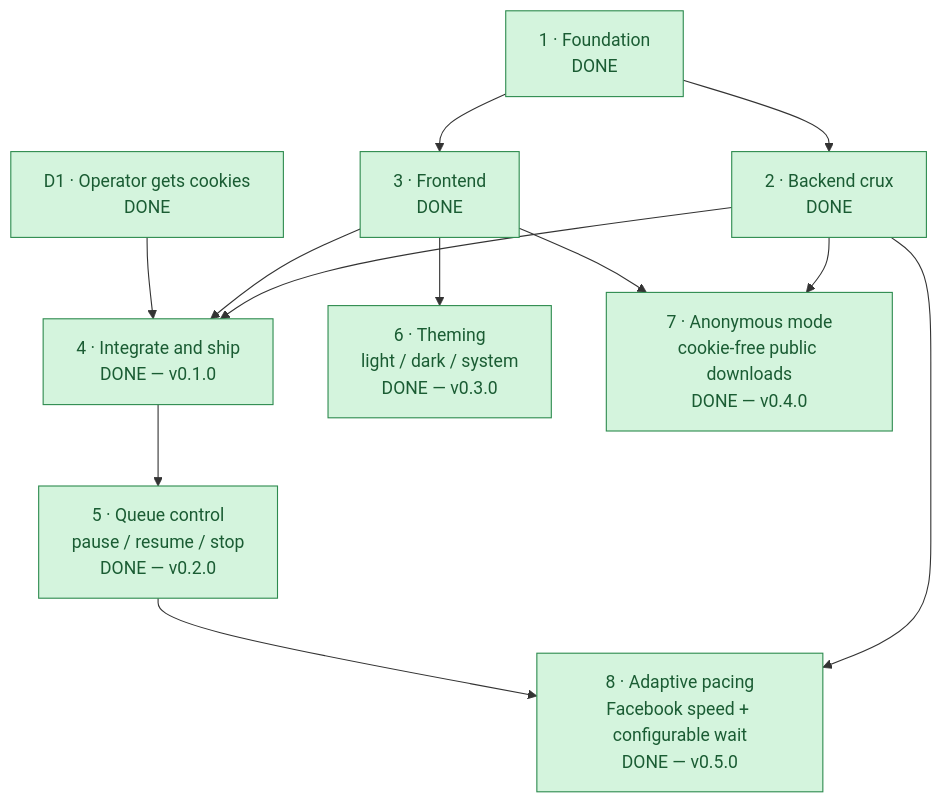
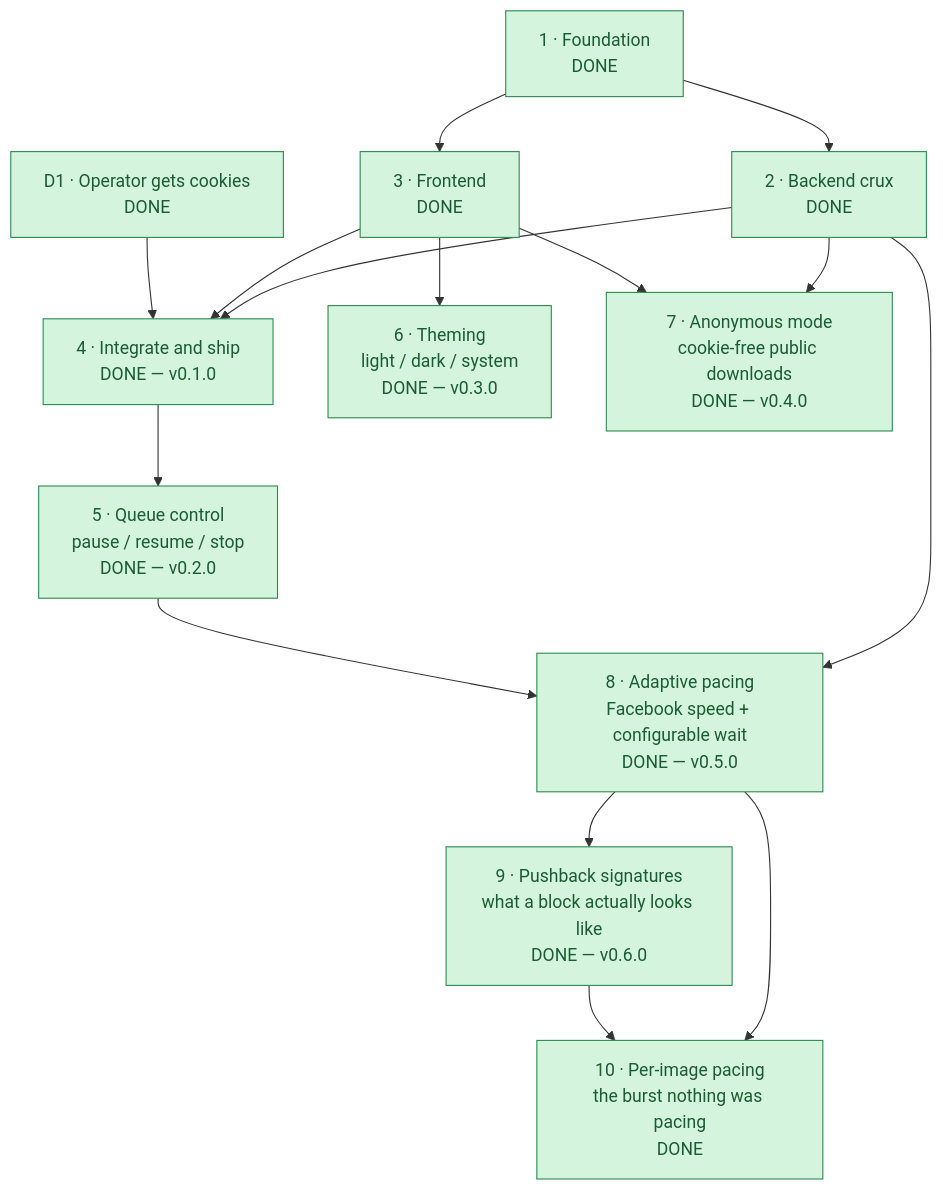
The diagram in ROADMAP.md (lumduan/gallery-dl-web), drawn with Mermaid before and after one commit. The commit also changed other lines of this file and 18 other files, not shown here.

````diff
--- a/ROADMAP.md
+++ b/ROADMAP.md
@@ -8,28 +8,33 @@
 ```mermaid
 flowchart TD
     P1["1 · Foundation<br/>DONE"] --> P2["2 · Backend crux<br/>DONE"]
     P1 --> P3["3 · Frontend<br/>DONE"]
     P2 --> P4["4 · Integrate and ship<br/>DONE — v0.1.0"]
     P3 --> P4
     D1["D1 · Operator gets cookies<br/>DONE"] --> P4
     P4 --> P5["5 · Queue control<br/>pause / resume / stop<br/>DONE — v0.2.0"]
     P3 --> P6["6 · Theming<br/>light / dark / system<br/>DONE — v0.3.0"]
     P2 --> P7["7 · Anonymous mode<br/>cookie-free public downloads<br/>DONE — v0.4.0"]
     P3 --> P7
     P2 --> P8["8 · Adaptive pacing<br/>Facebook speed + configurable wait<br/>DONE — v0.5.0"]
     P5 --> P8
+    P8 --> P9["9 · Pushback signatures<br/>what a block actually looks like<br/>DONE — v0.6.0"]
+    P8 --> P10["10 · Per-image pacing<br/>the burst nothing was pacing<br/>DONE"]
+    P9 --> P10
 
     classDef done     fill:#d4f4dd,stroke:#2d8a4e,color:#1a5c33
     classDef active   fill:#fff3cd,stroke:#cc9a06,color:#7a5c04
     classDef decision fill:#fde0e0,stroke:#d05555,color:#8f2e2e
 
+    class P9 done
+    class P10 done
     class P1 done
     class P2 done
     class P3 done
     class P4 done
     class P5 done
     class P6 done
     class D1 done
     class P7 done
     class P8 done
 ```
````
